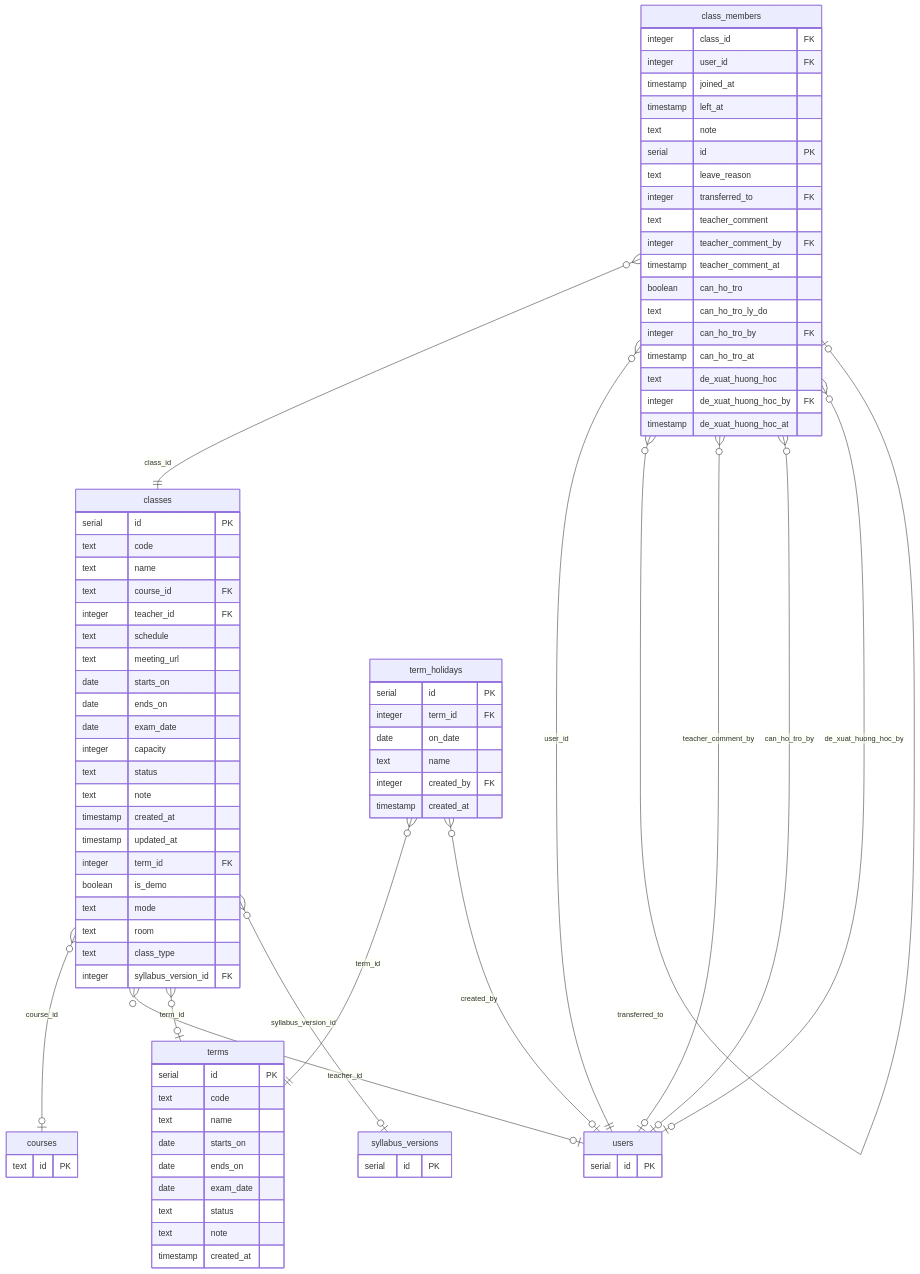
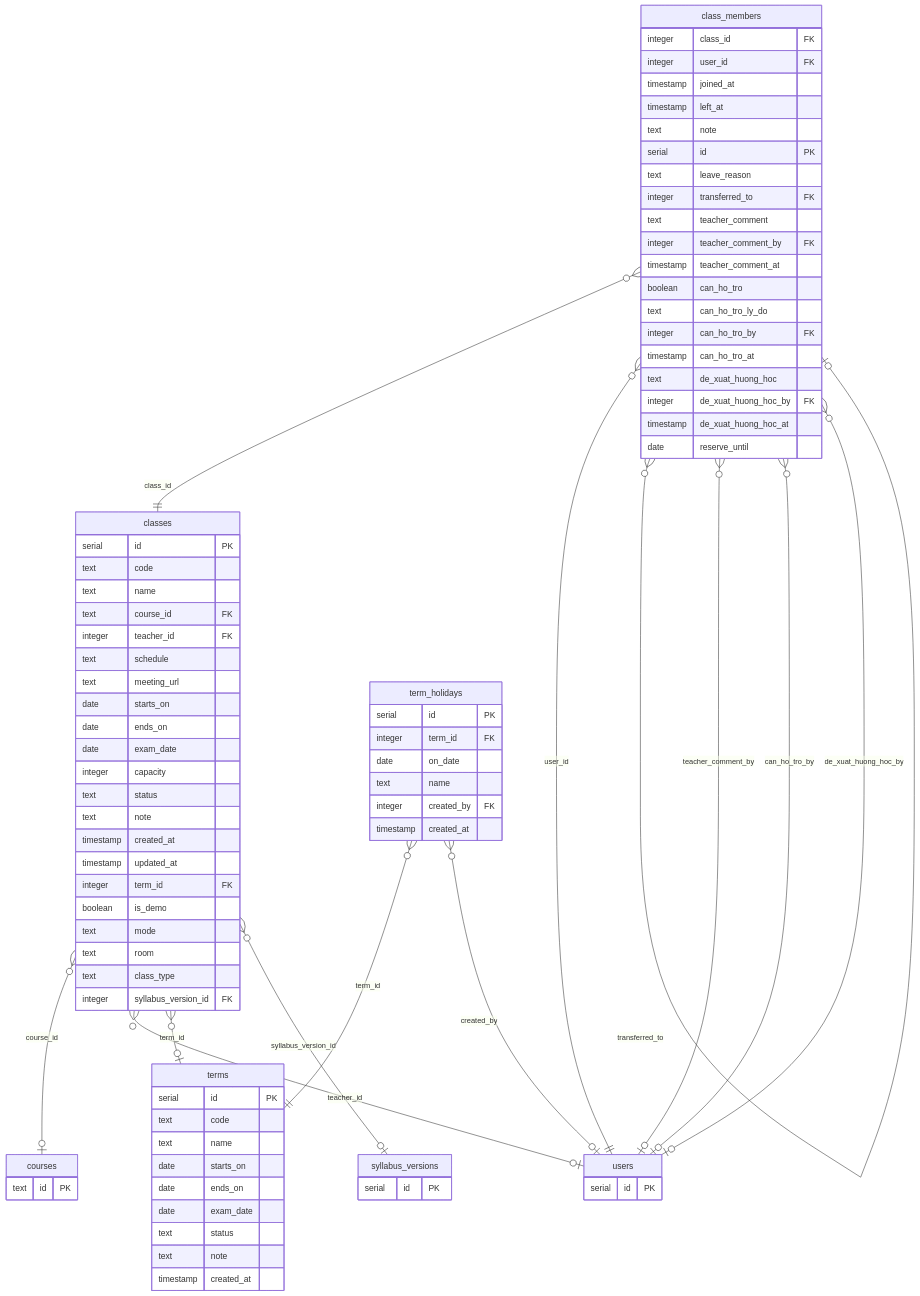
One commit to PCBoiz/PE_hsa changed the first of 13 diagrams in docs/CAU_TRUC_DU_LIEU.md. Above: the diagram before and after it, drawn with Mermaid. The commit also changed other lines of this file and 13 other files, not shown here.

```diff
--- a/docs/CAU_TRUC_DU_LIEU.md
+++ b/docs/CAU_TRUC_DU_LIEU.md
@@ -71,6 +71,7 @@
         text de_xuat_huong_hoc
         integer de_xuat_huong_hoc_by FK
         timestamp de_xuat_huong_hoc_at
+        date reserve_until
     }
     terms {
         serial id PK
```
